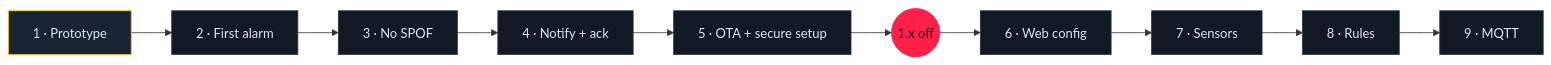
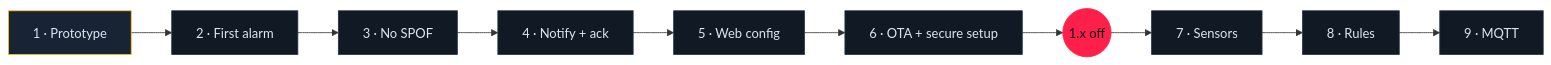
Before and after one commit to wol-micro/garageAlarms2.0: the fourth of 4 diagrams in README.md, drawn with Mermaid. The commit also changed other lines of this file and 19 other files, not shown here.

First line of the commit message:
Plan update: cores, persistence, test architecture; sprint plan

````diff
--- a/README.md
+++ b/README.md
@@ -244,13 +245,13 @@
 ```mermaid
 flowchart LR
-  E1["1 · Prototype"] --> E2["2 · First alarm"] --> E3["3 · No SPOF"] --> E4["4 · Notify + ack"] --> E5["5 · OTA + secure setup"]
-  E5 --> M(("1.x off"))
-  M --> E6["6 · Web config"] --> E7["7 · Sensors"] --> E8["8 · Rules"] --> E9["9 · MQTT"]
+  E1["1 · Prototype"] --> E2["2 · First alarm"] --> E3["3 · No SPOF"] --> E4["4 · Notify + ack"] --> E5["5 · Web config"]
+  E5 --> E6["6 · OTA + secure setup"] --> M(("1.x off"))
+  M --> E7["7 · Sensors"] --> E8["8 · Rules"] --> E9["9 · MQTT"]
 
   classDef next fill:#182433,stroke:#fbbf24,color:#dce6f0
   classDef todo fill:#111a24,stroke:#243447,color:#dce6f0
   classDef mile fill:#ff1f4b,stroke:#ff1f4b,color:#0b1016
   class E1 next
   class E2,E3,E4,E5,E6,E7,E8,E9 todo
   class M mile
 ```
````
